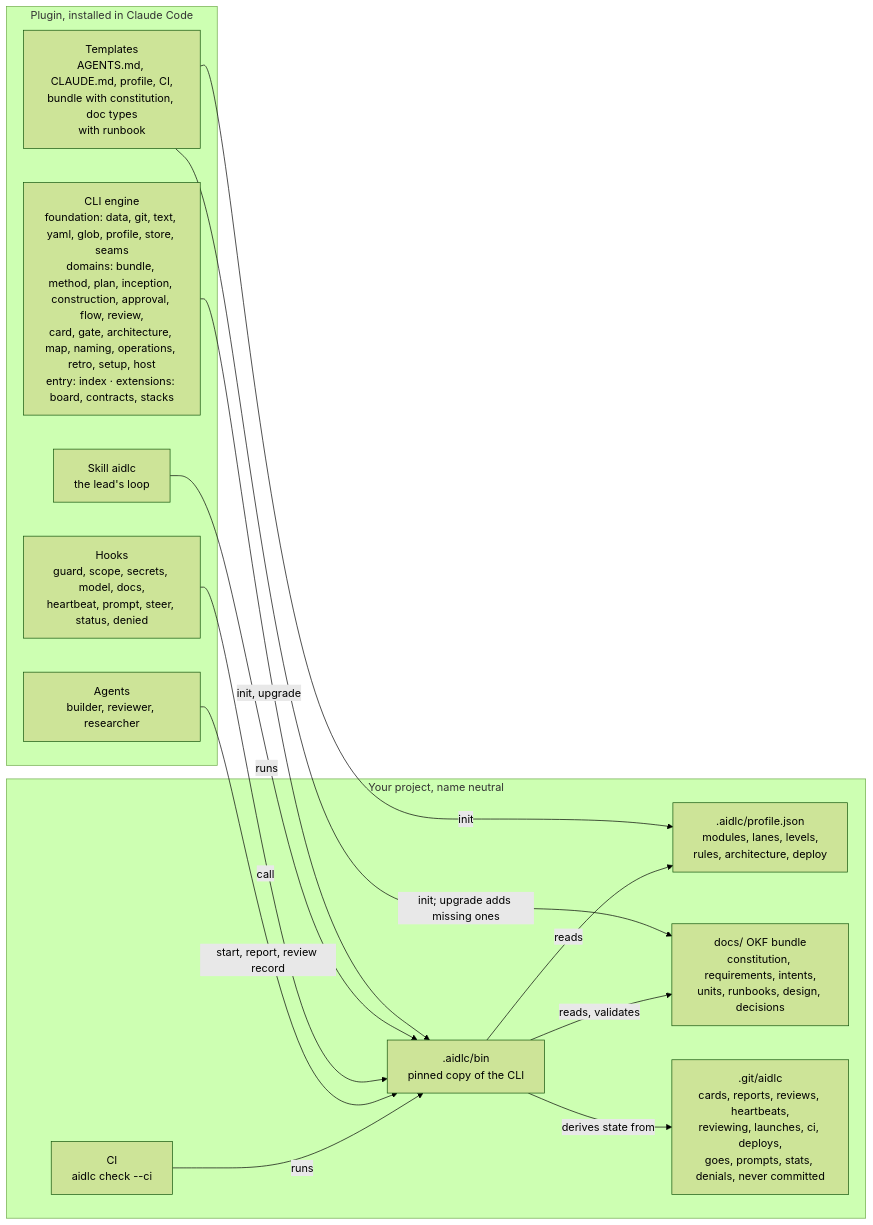
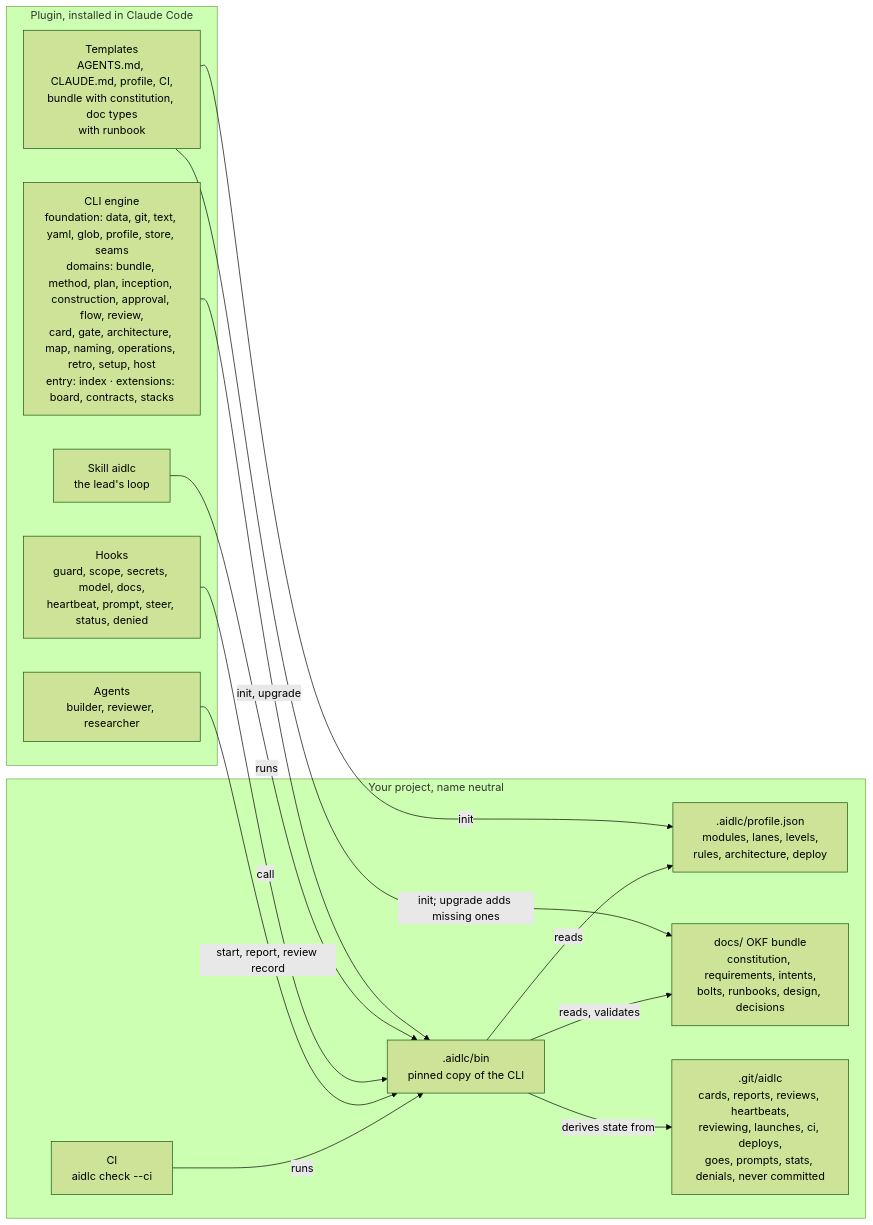
Before and after one commit to Scrollout/aidlc-team-plugin: the second of 2 diagrams in README.md, drawn with Mermaid (forest theme). The commit also changed other lines of this file and 50 other files, not shown here.

````diff
--- a/README.md
+++ b/README.md
@@ -77,29 +77,29 @@
 ```mermaid
 flowchart LR
   subgraph plugin["Plugin, installed in Claude Code"]
     skill["Skill aidlc<br/>the lead's loop"]
     agents["Agents<br/>builder, reviewer, researcher"]
     hooks["Hooks<br/>guard, scope, secrets, model, docs,<br/>heartbeat, prompt, steer, status, denied"]
     cli["CLI engine<br/>foundation: data, git, text, yaml, glob, profile, store, seams<br/>domains: bundle, method, plan, inception, construction, approval, flow, review,<br/>card, gate, architecture, map, naming, operations, retro, setup, host<br/>entry: index · extensions: board, contracts, stacks"]
     templates["Templates<br/>AGENTS.md, CLAUDE.md, profile, CI,<br/>bundle with constitution, doc types<br/>with runbook"]
   end
 
   subgraph project["Your project, name neutral"]
     profile[".aidlc/profile.json<br/>modules, lanes, levels,<br/>rules, architecture, deploy"]
     bin[".aidlc/bin<br/>pinned copy of the CLI"]
-    docs["docs/ OKF bundle<br/>constitution, requirements, intents,<br/>units, runbooks, design, decisions"]
+    docs["docs/ OKF bundle<br/>constitution, requirements, intents,<br/>bolts, runbooks, design, decisions"]
     runtime[".git/aidlc<br/>cards, reports, reviews, heartbeats,<br/>reviewing, launches, ci, deploys,<br/>goes, prompts, stats, denials, never committed"]
     ci["CI<br/>aidlc check --ci"]
   end
 
   templates -- "init" --> profile
   templates -- "init; upgrade adds missing ones" --> docs
   cli -- "init, upgrade" --> bin
   skill -- "runs" --> bin
   hooks -- "call" --> bin
   agents -- "start, report, review record" --> bin
   ci -- "runs" --> bin
   bin -- "reads, validates" --> docs
   bin -- "reads" --> profile
   bin -- "derives state from" --> runtime
 ```
````
